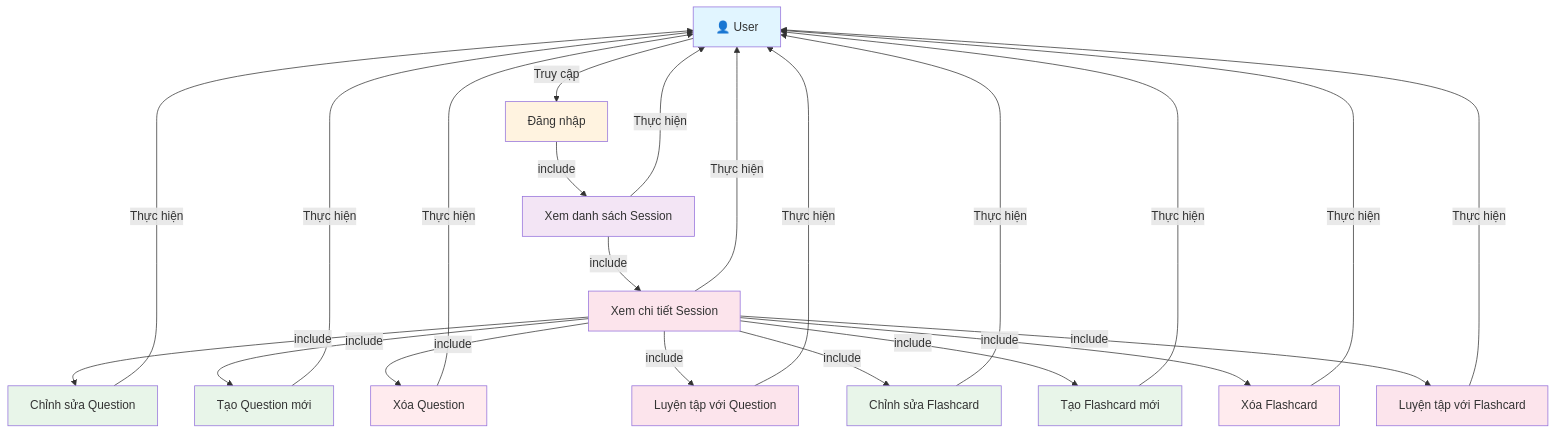
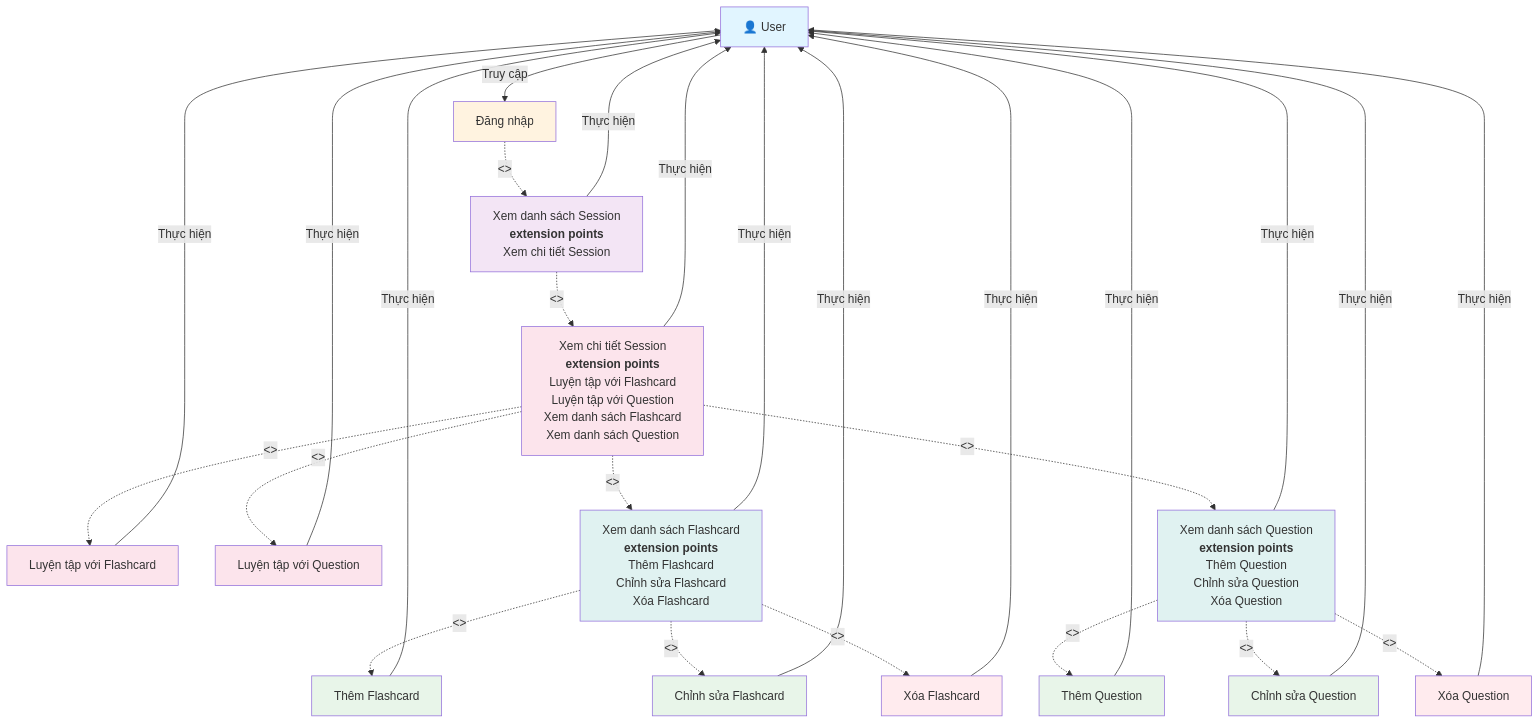
Before and after one commit to mduc-2610/gp_doc: the diagram in question/1_question_management_usecase.md, drawn with Mermaid. The commit also changed other lines of this file and 11 other files, not shown here.

````diff
--- a/question/1_question_management_usecase.md
+++ b/question/1_question_management_usecase.md
@@ -4,61 +4,74 @@
 ```mermaid
 graph TB
     Actor["👤 User"]
     
     Login["Đăng nhập"]
-    ListSessions["Xem danh sách Session"]
-    ViewSessionDetail["Xem chi tiết Session"]
-    EditQuestion["Chỉnh sửa Question"]
-    CreateQuestion["Tạo Question mới"]
-    DeleteQuestion["Xóa Question"]
+    ListSessions["Xem danh sách Session<br/><b>extension points</b><br/>Xem chi tiết Session"]
+    ViewSessionDetail["Xem chi tiết Session<br/><b>extension points</b><br/>Luyện tập với Flashcard<br/>Luyện tập với Question<br/>Xem danh sách Flashcard<br/>Xem danh sách Question"]
+    
+    PracticeFlashcard["Luyện tập với Flashcard"]
     PracticeQuestion["Luyện tập với Question"]
     
+    ViewFlashcardList["Xem danh sách Flashcard<br/><b>extension points</b><br/>Thêm Flashcard<br/>Chỉnh sửa Flashcard<br/>Xóa Flashcard"]
+    ViewQuestionList["Xem danh sách Question<br/><b>extension points</b><br/>Thêm Question<br/>Chỉnh sửa Question<br/>Xóa Question"]
+    
+    CreateFlashcard["Thêm Flashcard"]
     EditFlashcard["Chỉnh sửa Flashcard"]
-    CreateFlashcard["Tạo Flashcard mới"]
     DeleteFlashcard["Xóa Flashcard"]
-    PracticeFlashcard["Luyện tập với Flashcard"]
+    
+    CreateQuestion["Thêm Question"]
+    EditQuestion["Chỉnh sửa Question"]
+    DeleteQuestion["Xóa Question"]
     
     Actor -->|Truy cập| Login
-    Login -->|include| ListSessions
+    Login -.->|<<Include>>| ListSessions
     ListSessions -->|Thực hiện| Actor
     
-    ListSessions -->|include| ViewSessionDetail
+    ListSessions -.->|<<Extend>>| ViewSessionDetail
     ViewSessionDetail -->|Thực hiện| Actor
     
-    ViewSessionDetail -->|include| EditQuestion
+    ViewSessionDetail -.->|<<Extend>>| PracticeFlashcard
+    PracticeFlashcard -->|Thực hiện| Actor
+    
+    ViewSessionDetail -.->|<<Extend>>| PracticeQuestion
+    PracticeQuestion -->|Thực hiện| Actor
+    
+    ViewSessionDetail -.->|<<Extend>>| ViewFlashcardList
+    ViewFlashcardList -->|Thực hiện| Actor
+    
+    ViewFlashcardList -.->|<<Extend>>| CreateFlashcard
+    CreateFlashcard -->|Thực hiện| Actor
+    
+    ViewFlashcardList -.->|<<Extend>>| EditFlashcard
+    EditFlashcard -->|Thực hiện| Actor
+    
+    ViewFlashcardList -.->|<<Extend>>| DeleteFlashcard
+    DeleteFlashcard -->|Thực hiện| Actor
+    
+    ViewSessionDetail -.->|<<Extend>>| ViewQuestionList
+    ViewQuestionList -->|Thực hiện| Actor
+    
+    ViewQuestionList -.->|<<Extend>>| CreateQuestion
+    CreateQuestion -->|Thực hiện| Actor
+    
+    ViewQuestionList -.->|<<Extend>>| EditQuestion
     EditQuestion -->|Thực hiện| Actor
     
-    ViewSessionDetail -->|include| CreateQuestion
-    CreateQuestion -->|Thực hiện| Actor
-    
-    ViewSessionDetail -->|include| DeleteQuestion
+    ViewQuestionList -.->|<<Extend>>| DeleteQuestion
     DeleteQuestion -->|Thực hiện| Actor
-    
-    ViewSessionDetail -->|include| PracticeQuestion
-    PracticeQuestion -->|Thực hiện| Actor
-    
-    ViewSessionDetail -->|include| EditFlashcard
-    EditFlashcard -->|Thực hiện| Actor
-    
-    ViewSessionDetail -->|include| CreateFlashcard
-    CreateFlashcard -->|Thực hiện| Actor
-    
-    ViewSessionDetail -->|include| DeleteFlashcard
-    DeleteFlashcard -->|Thực hiện| Actor
-    
-    ViewSessionDetail -->|include| PracticeFlashcard
-    PracticeFlashcard -->|Thực hiện| Actor
     
     style Actor fill:#e1f5ff
     style Login fill:#fff3e0
     style ListSessions fill:#f3e5f5
     style ViewSessionDetail fill:#fce4ec
+    style PracticeFlashcard fill:#fce4ec
+    style PracticeQuestion fill:#fce4ec
+    style ViewFlashcardList fill:#e0f2f1
+    style ViewQuestionList fill:#e0f2f1
+    style CreateFlashcard fill:#e8f5e9
+    style EditFlashcard fill:#e8f5e9
+    style DeleteFlashcard fill:#ffebee
+    style CreateQuestion fill:#e8f5e9
     style EditQuestion fill:#e8f5e9
-    style CreateQuestion fill:#e8f5e9
     style DeleteQuestion fill:#ffebee
-    style PracticeQuestion fill:#fce4ec
-    style EditFlashcard fill:#e8f5e9
-    style CreateFlashcard fill:#e8f5e9
-    style DeleteFlashcard fill:#ffebee
-    style PracticeFlashcard fill:#fce4ec
 ```
````
